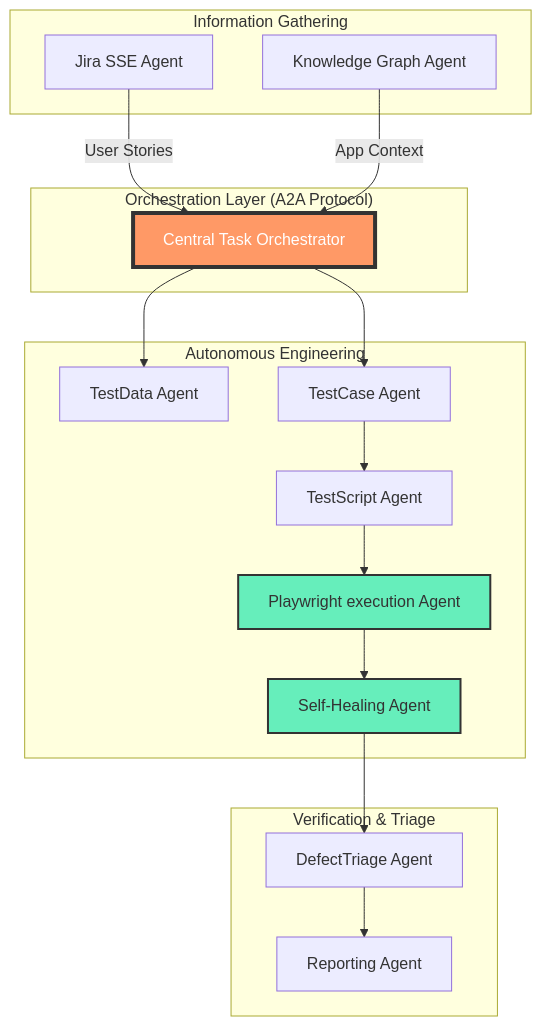
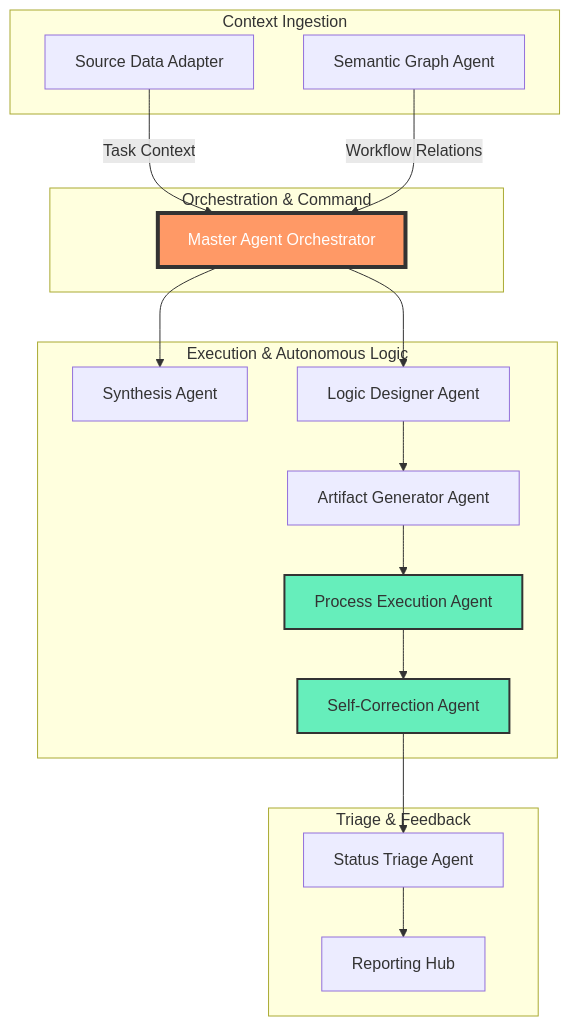
The diagram in README.md (Srisrijakka1/Srisrijakka1), drawn with Mermaid before and after one commit. The commit also changed other lines of this file, not shown here.

Commit message:
Privacy-safe README update: Removed personal identifiers and generalized proprietary architectural concepts while maintaining professional impact.

````diff
--- a/README.md
+++ b/README.md
@@ -25,28 +25,28 @@
 ```mermaid
 graph TD
-    subgraph "Orchestration Layer (A2A Protocol)"
-        O[Central Task Orchestrator]
+    subgraph "Orchestration & Command"
+        O[Master Agent Orchestrator]
     end
 
-    subgraph "Information Gathering"
-        A1[Jira SSE Agent] -->|User Stories| O
-        A2[Knowledge Graph Agent] -->|App Context| O
+    subgraph "Context Ingestion"
+        A1[Source Data Adapter] -->|Task Context| O
+        A2[Semantic Graph Agent] -->|Workflow Relations| O
     end
 
-    subgraph "Autonomous Engineering"
-        O --> A3[TestData Agent]
-        O --> A4[TestCase Agent]
-        A4 --> A5[TestScript Agent]
-        A5 --> A6[Playwright execution Agent]
-        A6 --> A7[Self-Healing Agent]
+    subgraph "Execution & Autonomous Logic"
+        O --> A3[Synthesis Agent]
+        O --> A4[Logic Designer Agent]
+        A4 --> A5[Artifact Generator Agent]
+        A5 --> A6[Process Execution Agent]
+        A6 --> A7[Self-Correction Agent]
     end
 
-    subgraph "Verification & Triage"
-        A7 --> A8[DefectTriage Agent]
-        A8 --> A9[Reporting Agent]
+    subgraph "Triage & Feedback"
+        A7 --> A8[Status Triage Agent]
+        A8 --> A9[Reporting Hub]
     end
 
     style O fill:#f96,stroke:#333,stroke-width:4px,color:#fff
     style A7 fill:#6eb,stroke:#333,stroke-width:2px
     style A6 fill:#6eb,stroke:#333,stroke-width:2px
 ```
````
